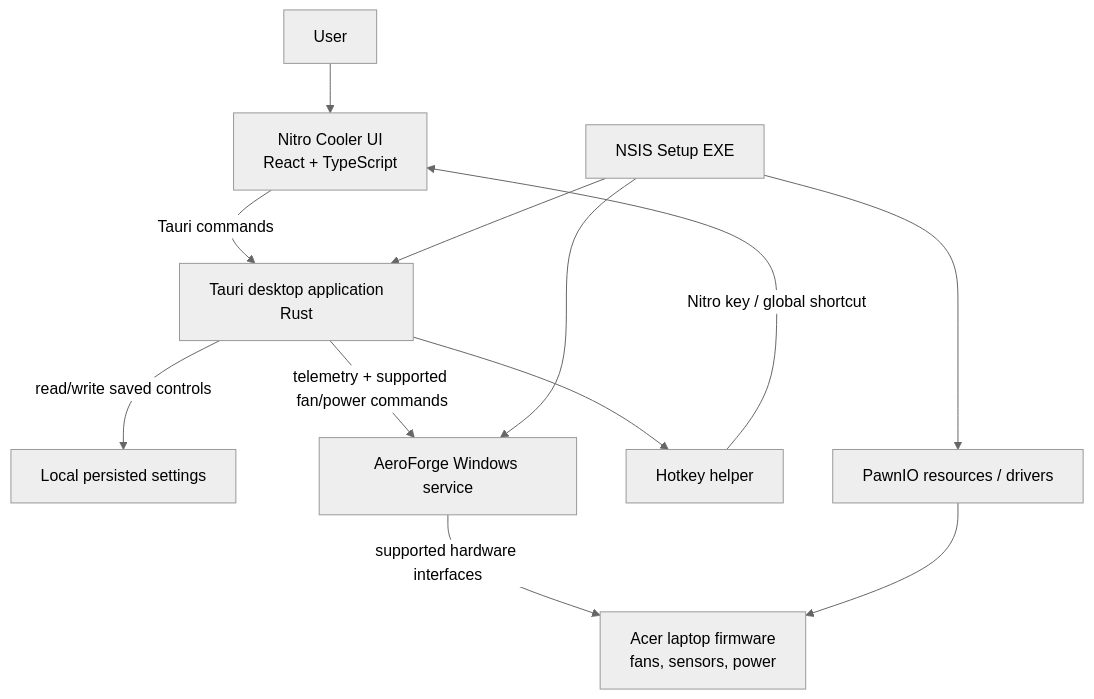
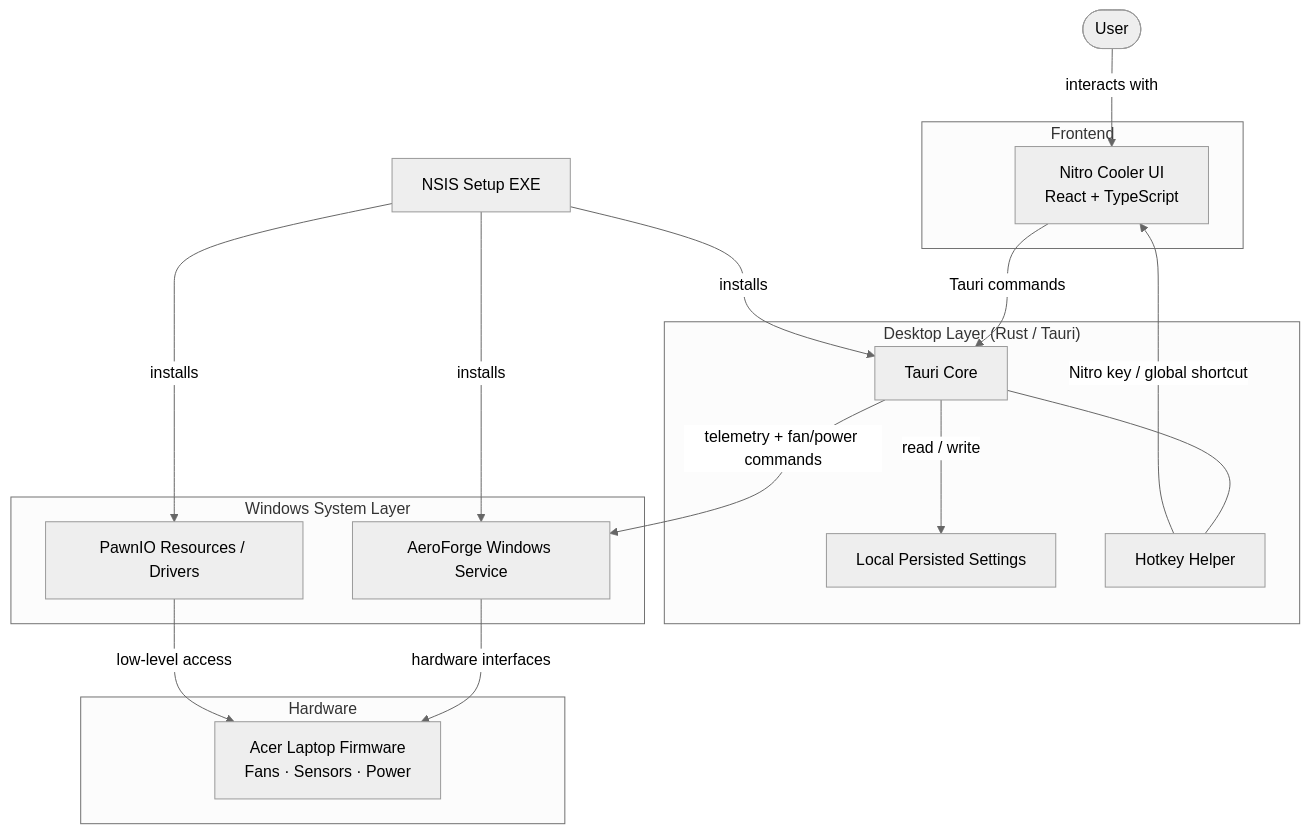
Before and after one commit to oscarrego/Nitro-Cooler: the diagram in README.md, drawn with Mermaid (neutral theme). The commit also changed other lines of this file, not shown here.

Commit message:
docs: rewrite README with preview video, improved architecture diagram, NitroSense disclaimer, and origin story

````diff
--- a/README.md
+++ b/README.md
@@ -67,14 +91,37 @@
 ```mermaid
 flowchart TD
-    User[User] --> UI[Nitro Cooler UI<br/>React + TypeScript]
-    UI -->|Tauri commands| App[Tauri desktop application<br/>Rust]
-    App -->|read/write saved controls| State[Local persisted settings]
-    App -->|telemetry + supported fan/power commands| Service[AeroForge Windows service]
-    Service -->|supported hardware interfaces| Hardware[Acer laptop firmware<br/>fans, sensors, power]
-    App --> Helper[Hotkey helper]
+    User([User])
+
+    subgraph Frontend["Frontend"]
+        UI["Nitro Cooler UI\nReact + TypeScript"]
+    end
+
+    subgraph Desktop["Desktop Layer (Rust / Tauri)"]
+        App[Tauri Core]
+        State[Local Persisted Settings]
+        Helper[Hotkey Helper]
+    end
+
+    subgraph WinSys["Windows System Layer"]
+        Service[AeroForge Windows Service]
+        Drivers[PawnIO Resources / Drivers]
+    end
+
+    subgraph HW["Hardware"]
+        FW["Acer Laptop Firmware\nFans · Sensors · Power"]
+    end
+
+    Installer["NSIS Setup EXE"]
+
+    User -->|interacts with| UI
+    UI -->|Tauri commands| App
+    App -->|read / write| State
+    App -->|telemetry + fan/power commands| Service
+    App --- Helper
     Helper -->|Nitro key / global shortcut| UI
-    Installer[NSIS Setup EXE] --> App
-    Installer --> Service
-    Installer --> Drivers[PawnIO resources / drivers]
-    Drivers --> Hardware
+    Service -->|hardware interfaces| FW
+    Installer -->|installs| App
+    Installer -->|installs| Service
+    Installer -->|installs| Drivers
+    Drivers -->|low-level access| FW
 ```
````
